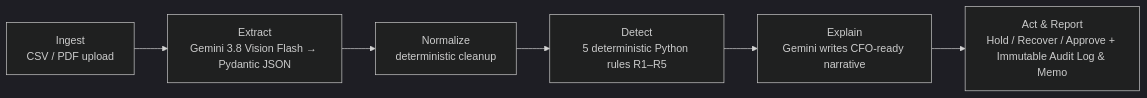
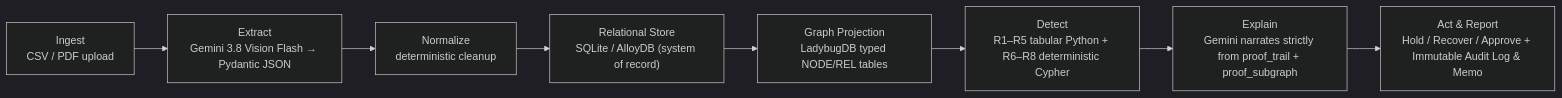
The diagram in README.md (naughtynova69/LedgerLens-project), drawn with Mermaid (dark theme) before and after one commit. The commit also changed other lines of this file and 7 other files, not shown here.

First line of the commit message:
docs(graph): LadybugDB architecture, R6-R8 specs, API spec & native-lib setup (Stage 6)

````diff
--- a/README.md
+++ b/README.md
@@ -52,8 +58,10 @@
 ```mermaid
 flowchart LR
     A["Ingest<br/>CSV / PDF upload"] --> B["Extract<br/>Gemini 3.8 Vision Flash → Pydantic JSON"]
     B --> C["Normalize<br/>deterministic cleanup"]
-    C --> D["Detect<br/>5 deterministic Python rules R1–R5"]
-    D --> E["Explain<br/>Gemini writes CFO-ready narrative"]
+    C --> S["Relational Store<br/>SQLite / AlloyDB (system of record)"]
+    S --> G["Graph Projection<br/>LadybugDB typed NODE/REL tables"]
+    G --> D["Detect<br/>R1–R5 tabular Python + R6–R8 deterministic Cypher"]
+    D --> E["Explain<br/>Gemini narrates strictly from proof_trail + proof_subgraph"]
     E --> F["Act & Report<br/>Hold / Recover / Approve + Immutable Audit Log & Memo"]
 ```
````
